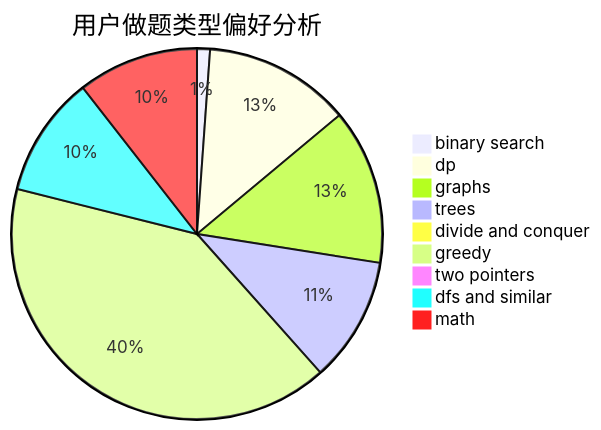
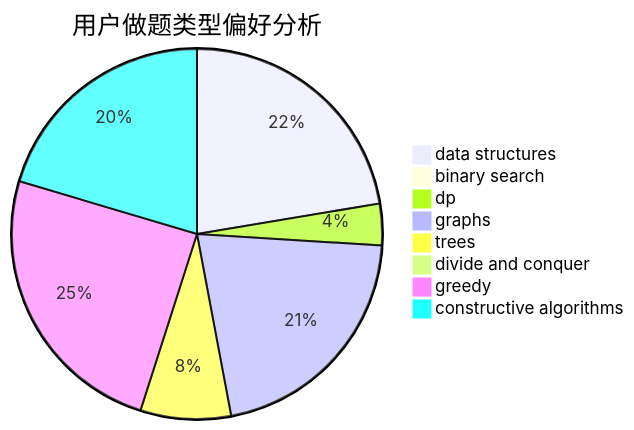
One commit to sherpahu/cfrs.github.io changed the second of 3 diagrams in docs/user/u325.md. Above: the diagram before and after it, drawn with Mermaid. The commit also changed other lines of this file and 2775 other files, not shown here.

````diff
--- a/docs/user/u325.md
+++ b/docs/user/u325.md
@@ -23,12 +23,11 @@
 ```mermaid
 pie title 用户做题类型偏好分析
-    "binary search" :  6
-    "dp" :  68
-    "graphs" :  72
-    "trees" :  58
+    "data structures" :  68
+    "binary search" :  1
+    "dp" :  11
+    "graphs" :  64
+    "trees" :  24
     "divide and conquer" :  0
-    "greedy" :  215
-    "two pointers" :  3
-    "dfs and similar" :  56
-    "math" :  56
+    "greedy" :  75
+    "constructive algorithms" :  62
 ```
````
